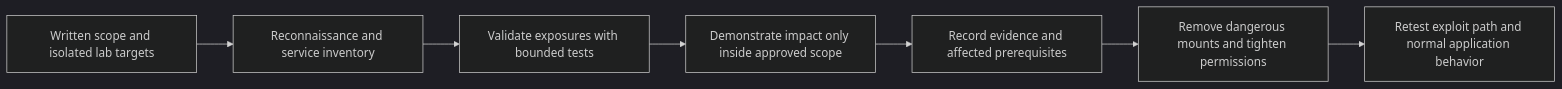
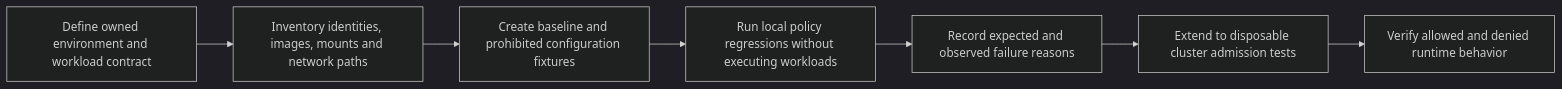
Before and after one commit to CloudSecCorner/cloudseccorner.github.io: the first of 4 diagrams in priv/static/labs/ethical-hacker-easy-way.md, drawn with Mermaid (dark theme). The commit also changed other lines of this file and 63 other files, not shown here.

````diff
--- a/priv/static/labs/ethical-hacker-easy-way.md
+++ b/priv/static/labs/ethical-hacker-easy-way.md
@@ -20,9 +15,9 @@
 ```mermaid
 flowchart LR
-      scope[Written scope and isolated lab targets] --> discovery[Reconnaissance and service inventory]
-      discovery --> validation[Validate exposures with bounded tests]
-      validation --> exploit[Demonstrate impact only inside approved scope]
-      exploit --> evidence[Record evidence and affected prerequisites]
-      evidence --> remediate[Remove dangerous mounts and tighten permissions]
-      remediate --> retest[Retest exploit path and normal application behavior]
+      scope[Define owned environment and workload contract] --> inventory[Inventory identities, images, mounts and network paths]
+      inventory --> fixtures[Create baseline and prohibited configuration fixtures]
+      fixtures --> review[Run local policy regressions without executing workloads]
+      review --> evidence[Record expected and observed failure reasons]
+      evidence --> admission[Extend to disposable cluster admission tests]
+      admission --> runtime[Verify allowed and denied runtime behavior]
 ```
````
